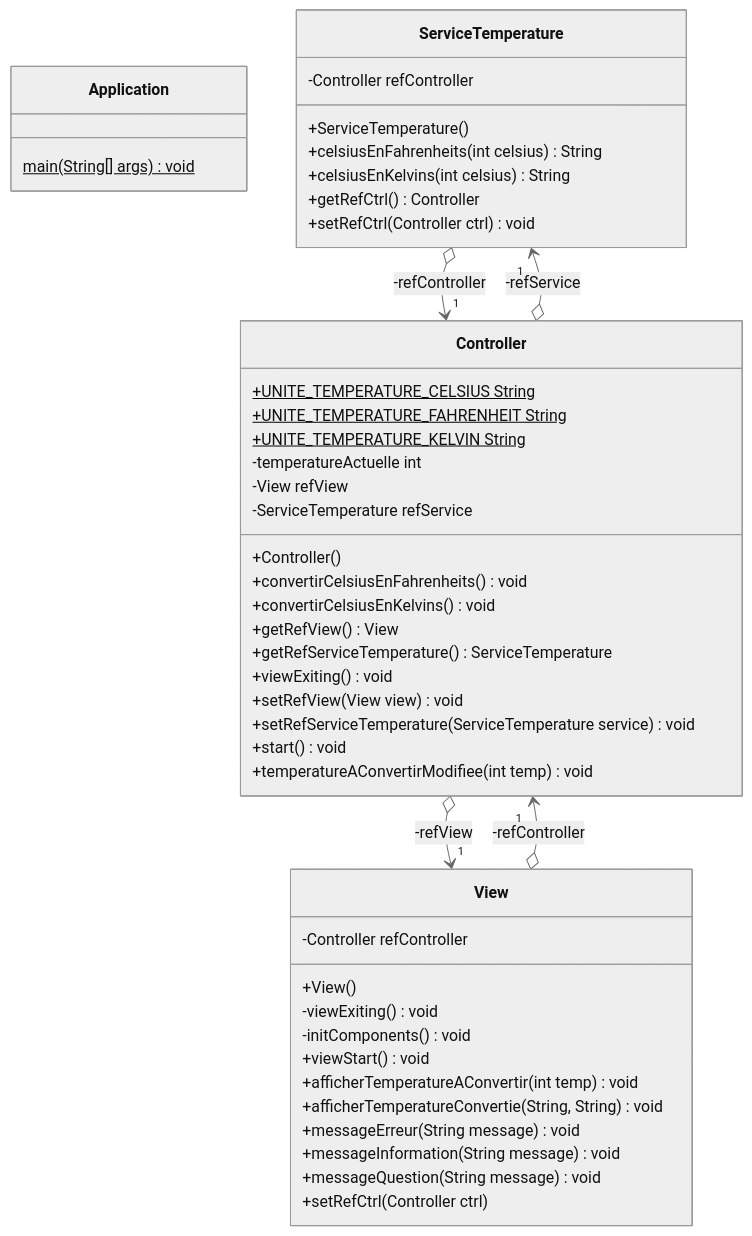
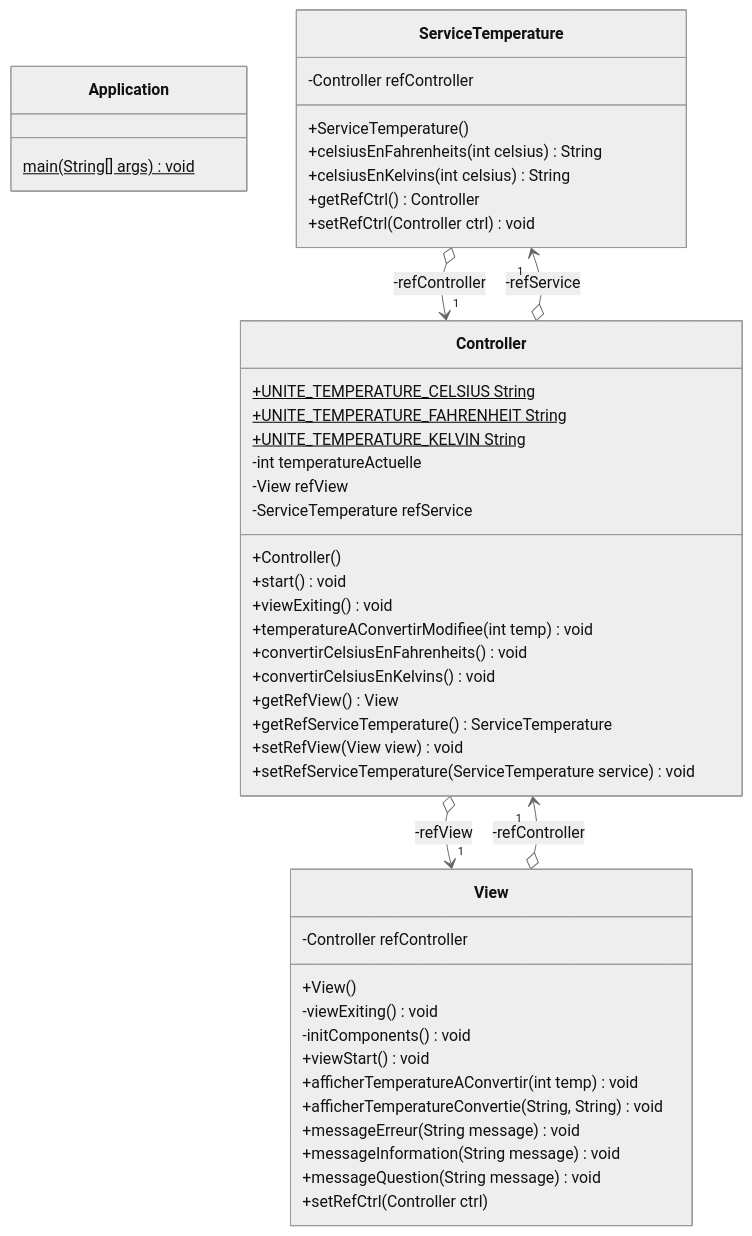
The first of 3 diagrams in README.md (emf-info-d400/Ex07-ConvertisseurTemperature), drawn with Mermaid (neutral theme) before and after one commit.

Commit message:
Correction du diagramme de classe Controller

````diff
--- a/README.md
+++ b/README.md
@@ -16,55 +16,55 @@
 ```mermaid 
 classDiagram
 
 class Application {
     main(String[] args) void$    
 }
 
 class ServiceTemperature {
     -Controller refController
     +ServiceTemperature()
     +celsiusEnFahrenheits(int celsius) String
     +celsiusEnKelvins(int celsius) String
     +getRefCtrl() Controller
     +setRefCtrl(Controller ctrl) void
 }
 
 class Controller {
     +UNITE_TEMPERATURE_CELSIUS String$
     +UNITE_TEMPERATURE_FAHRENHEIT String$
     +UNITE_TEMPERATURE_KELVIN String$
-    -temperatureActuelle int
+    -int temperatureActuelle
     -View refView
     -ServiceTemperature refService
     +Controller()
+    +start() void
+    +viewExiting() void
+    +temperatureAConvertirModifiee(int temp) void
     +convertirCelsiusEnFahrenheits() void
     +convertirCelsiusEnKelvins() void
     +getRefView() View
     +getRefServiceTemperature() ServiceTemperature
-    +viewExiting() void
     +setRefView(View view) void
     +setRefServiceTemperature(ServiceTemperature service) void
-    +start() void
-    +temperatureAConvertirModifiee(int temp) void
 }
 
 class View {
     -Controller refController
     +View()
     -viewExiting() void
     -initComponents() void
     +viewStart() void
     +afficherTemperatureAConvertir(int temp) void
     +afficherTemperatureConvertie(String, String) void
     +messageErreur(String message) void
     +messageInformation(String message) void
     +messageQuestion(String message) void
     +setRefCtrl(Controller ctrl)
  }
 
 ServiceTemperature o--> "1" Controller : -refController
 Controller o--> "1" ServiceTemperature : -refService
 Controller o--> "1" View : -refView
 View o--> "1" Controller : -refController
 
 ```
````
